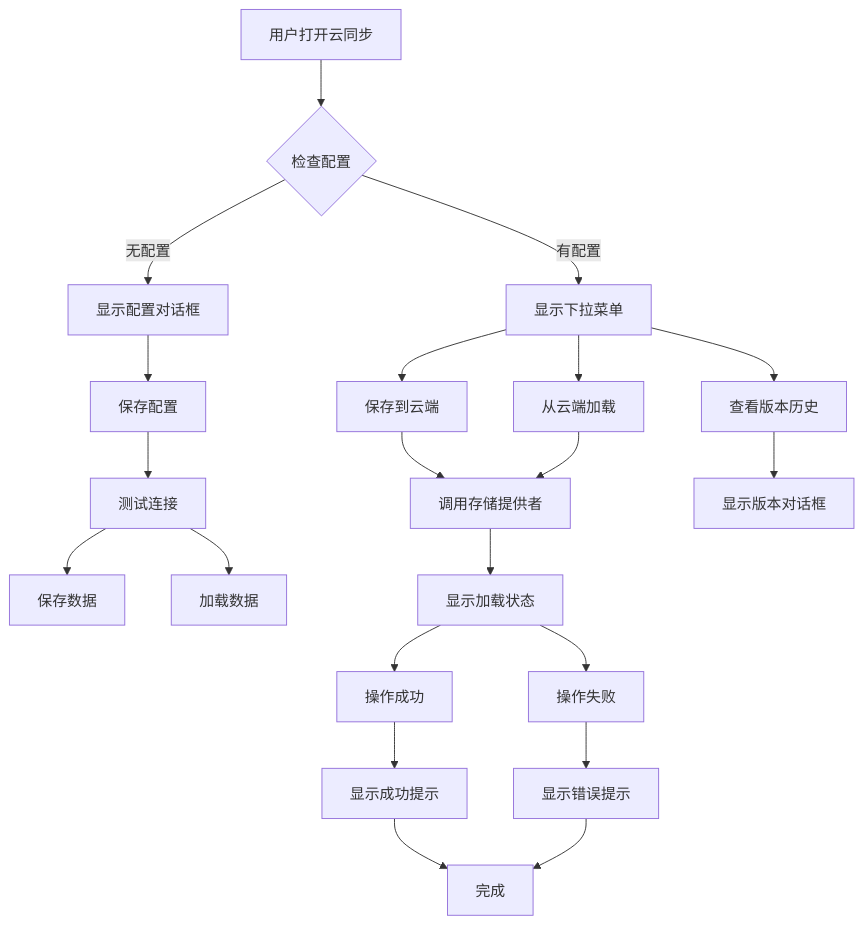
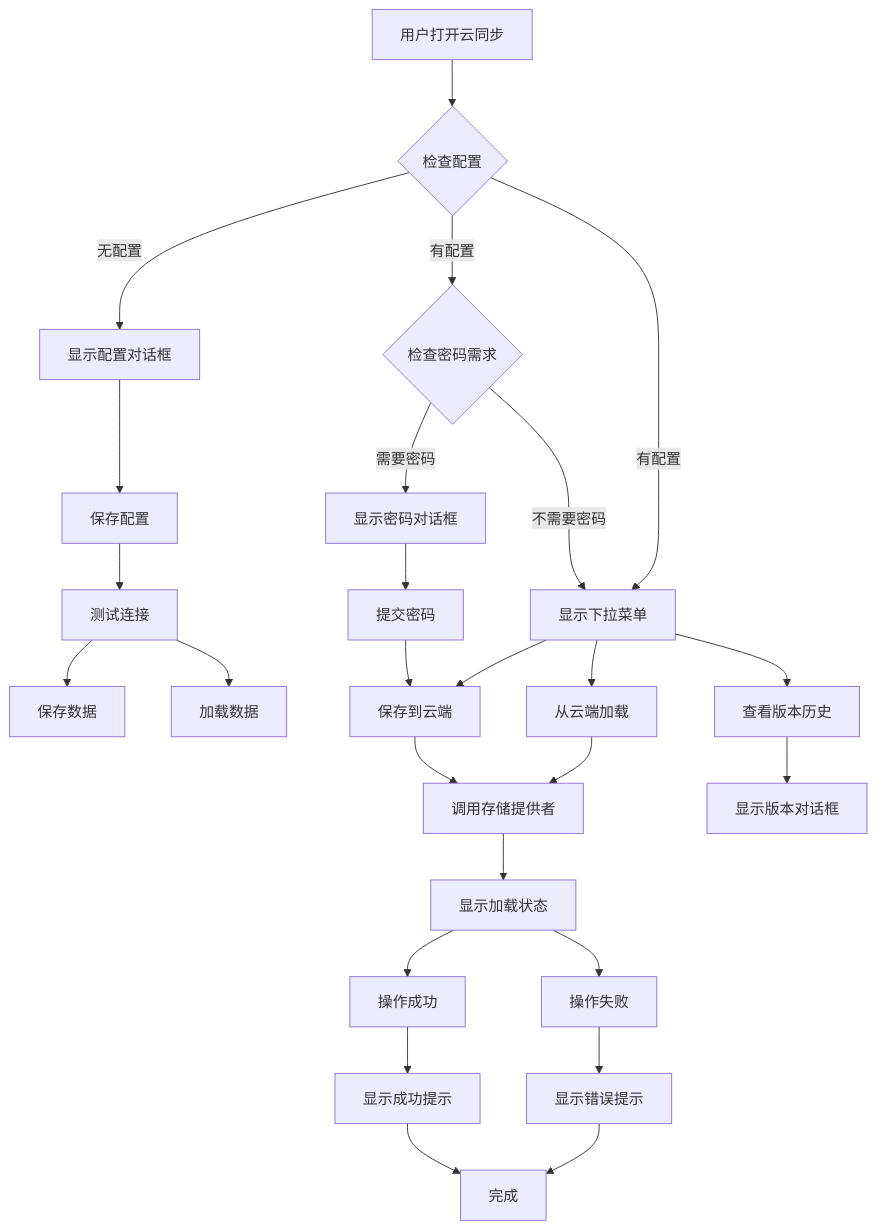
The fifth of 10 diagrams in .qoder/repowiki/zh/content/用户指南/数据管理/云同步集成.md (steveyu2/formula-mapper), drawn with Mermaid before and after one commit. The commit also changed other lines of this file and 5 other files, not shown here.

````diff
--- a/.qoder/repowiki/zh/content/用户指南/数据管理/云同步集成.md
+++ b/.qoder/repowiki/zh/content/用户指南/数据管理/云同步集成.md
@@ -283,23 +301,28 @@
 ```mermaid
 flowchart TD
 Start[用户打开云同步] --> CheckConfig{检查配置}
 CheckConfig --> |无配置| ShowModal[显示配置对话框]
+CheckConfig --> |有配置| CheckPassword{检查密码需求}
 CheckConfig --> |有配置| ShowDropdown[显示下拉菜单]
+CheckPassword --> |需要密码| ShowPasswordDialog[显示密码对话框]
+CheckPassword --> |不需要密码| ShowDropdown
 ShowModal --> SaveConfig[保存配置]
 SaveConfig --> TestConnection[测试连接]
 TestConnection --> SaveData[保存数据]
 TestConnection --> LoadData[加载数据]
 ShowDropdown --> SaveToCloud[保存到云端]
 ShowDropdown --> LoadFromCloud[从云端加载]
 ShowDropdown --> ViewVersions[查看版本历史]
+ShowPasswordDialog --> SubmitPassword[提交密码]
+SubmitPassword --> SaveToCloud
 SaveToCloud --> ProviderCall[调用存储提供者]
 LoadFromCloud --> ProviderCall
 ViewVersions --> VersionModal[显示版本对话框]
 ProviderCall --> LoadingState[显示加载状态]
 LoadingState --> Success[操作成功]
 LoadingState --> Error[操作失败]
 Success --> Toast[显示成功提示]
 Error --> ToastError[显示错误提示]
 Toast --> End[完成]
 ToastError --> End
 ```
````
